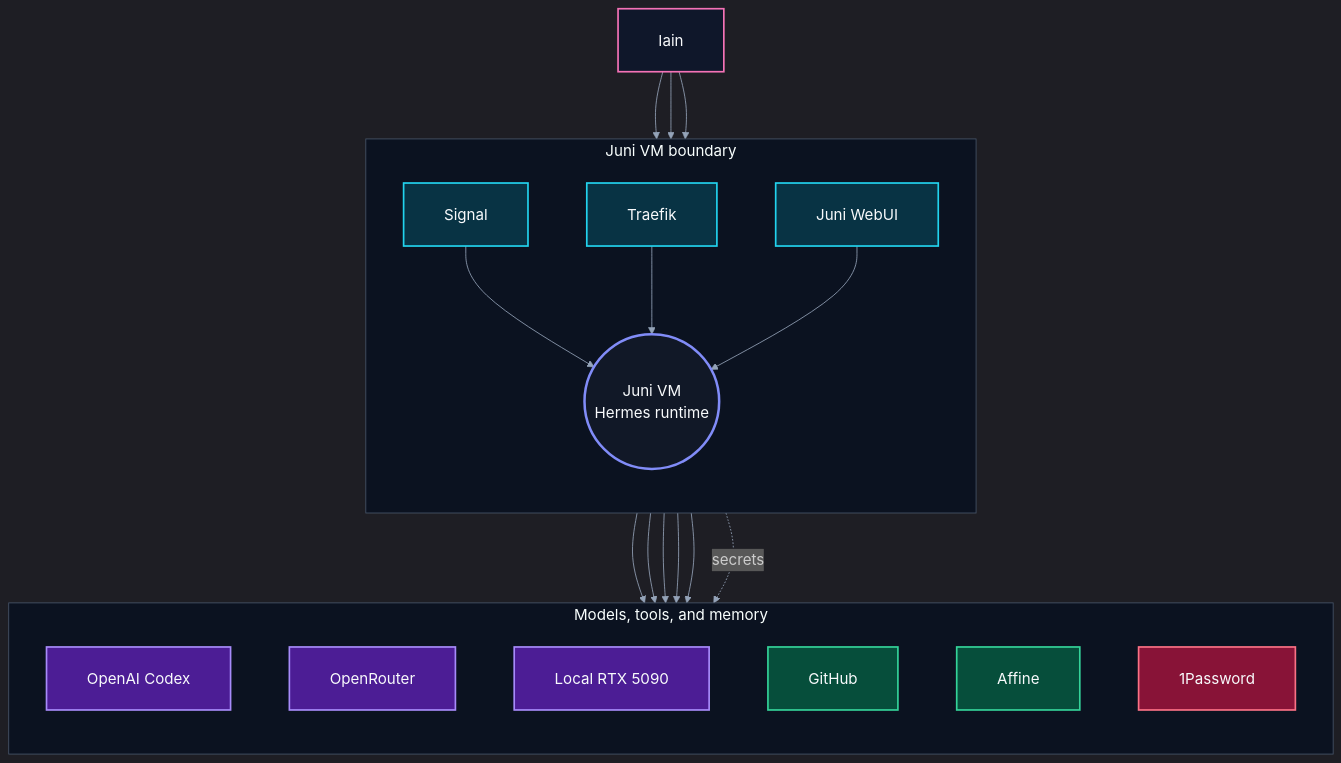
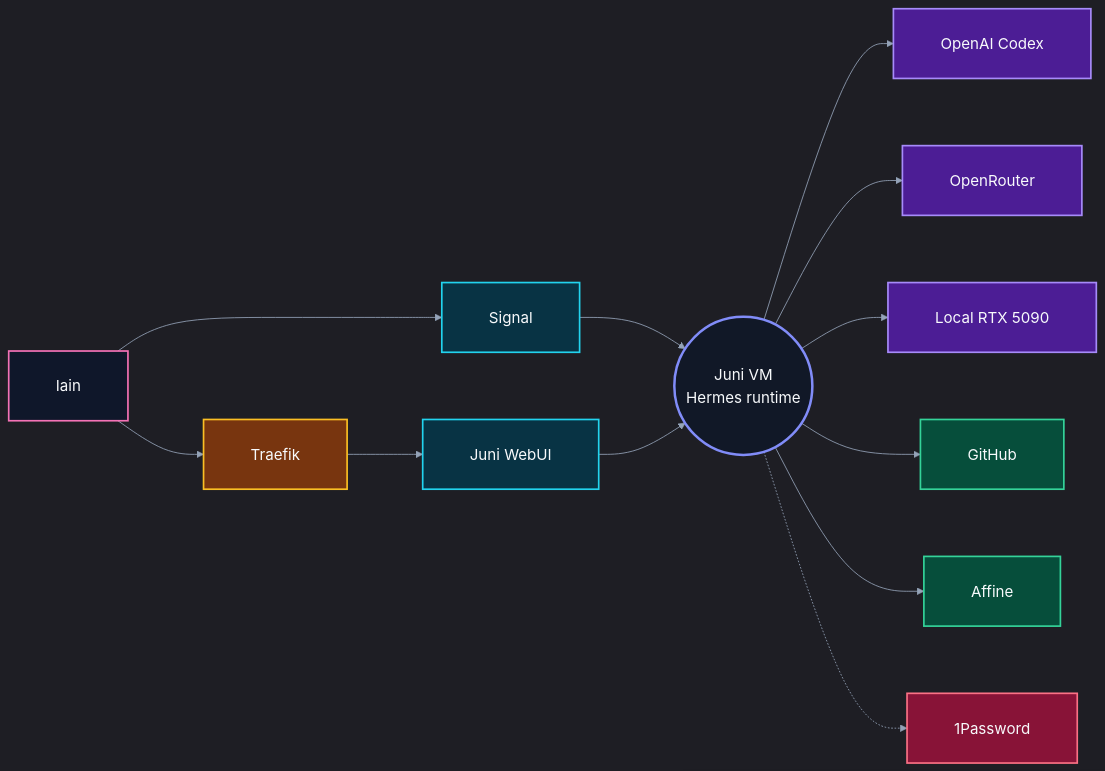
Before and after one commit to wan0net/wan0net.github.io: the diagram in docs/posts/building-juni/juni-high-level-architecture.mmd, drawn with Mermaid. The commit also changed 3 other files, not shown here.

Commit message:
fix: simplify Juni architecture diagram

```diff
--- a/docs/posts/building-juni/juni-high-level-architecture.mmd
+++ b/docs/posts/building-juni/juni-high-level-architecture.mmd
@@ -1,48 +1,43 @@
-%%{init: {"theme": "dark", "themeVariables": {"background": "#020617", "primaryColor": "#111827", "primaryTextColor": "#e6edf3", "primaryBorderColor": "#818cf8", "lineColor": "#94a3b8", "secondaryColor": "#083344", "tertiaryColor": "#064e3b", "clusterBkg": "#0b1220", "clusterBorder": "#475569", "fontFamily": "Inter, ui-sans-serif, system-ui, sans-serif", "fontSize": "18px"}, "flowchart": {"curve": "basis", "nodeSpacing": 70, "rankSpacing": 80, "padding": 24}} }%%
-flowchart TD
+%%{init: {"theme": "dark", "themeVariables": {"background": "#020617", "primaryColor": "#111827", "primaryTextColor": "#e6edf3", "primaryBorderColor": "#818cf8", "lineColor": "#94a3b8", "secondaryColor": "#083344", "tertiaryColor": "#064e3b", "fontFamily": "Inter, ui-sans-serif, system-ui, sans-serif", "fontSize": "18px"}, "flowchart": {"curve": "basis", "nodeSpacing": 80, "rankSpacing": 90, "padding": 28}} }%%
+flowchart LR
   iain["Iain"]
+  signal["Signal"]
+  traefik["Traefik"]
+  webui["Juni WebUI"]
+  juni(("Juni VM\nHermes runtime"))
 
-  subgraph vm["Juni VM boundary"]
-    direction TD
-    signal["Signal"]
-    traefik["Traefik"]
-    webui["Juni WebUI"]
-    juni(("Juni VM\nHermes runtime"))
-    signal --> juni
-    traefik --> juni
-    webui --> juni
-  end
-
-  subgraph out["Models, tools, and memory"]
-    direction TD
-    codex["OpenAI Codex"]
-    openrouter["OpenRouter"]
-    local["Local RTX 5090"]
-    github["GitHub"]
-    affine["Affine"]
-    onepassword["1Password"]
-  end
+  codex["OpenAI Codex"]
+  openrouter["OpenRouter"]
+  local["Local RTX 5090"]
+  github["GitHub"]
+  affine["Affine"]
+  onepassword["1Password"]
 
   iain --> signal
   iain --> traefik
-  iain --> webui
+  traefik --> webui
+  signal --> juni
+  webui --> juni
+
   juni --> codex
   juni --> openrouter
   juni --> local
   juni --> github
   juni --> affine
-  juni -. secrets .-> onepassword
+  juni -.-> onepassword
 
   classDef human fill:#0f172a,stroke:#f472b6,color:#f8fafc,stroke-width:2px
   classDef iface fill:#083344,stroke:#22d3ee,color:#f8fafc,stroke-width:2px
+  classDef gateway fill:#78350f,stroke:#fbbf24,color:#f8fafc,stroke-width:2px
   classDef runtime fill:#111827,stroke:#818cf8,color:#f8fafc,stroke-width:3px
   classDef model fill:#4c1d95,stroke:#a78bfa,color:#f8fafc,stroke-width:2px
   classDef data fill:#064e3b,stroke:#34d399,color:#f8fafc,stroke-width:2px
   classDef secret fill:#881337,stroke:#fb7185,color:#f8fafc,stroke-width:2px
 
   class iain human
-  class signal,traefik,webui iface
+  class signal,webui iface
+  class traefik gateway
   class juni runtime
   class codex,openrouter,local model
   class github,affine data
   class onepassword secret
```
